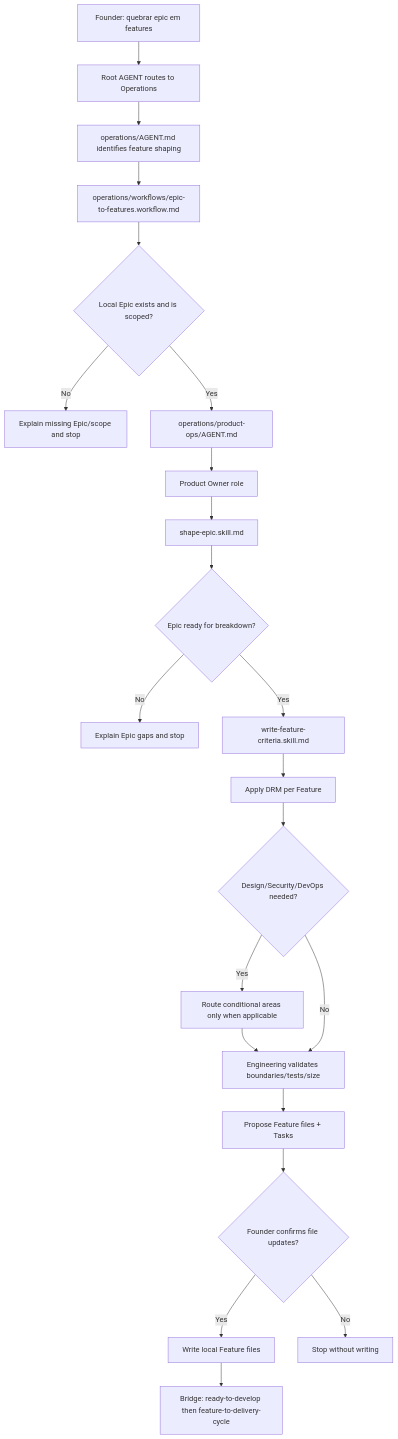
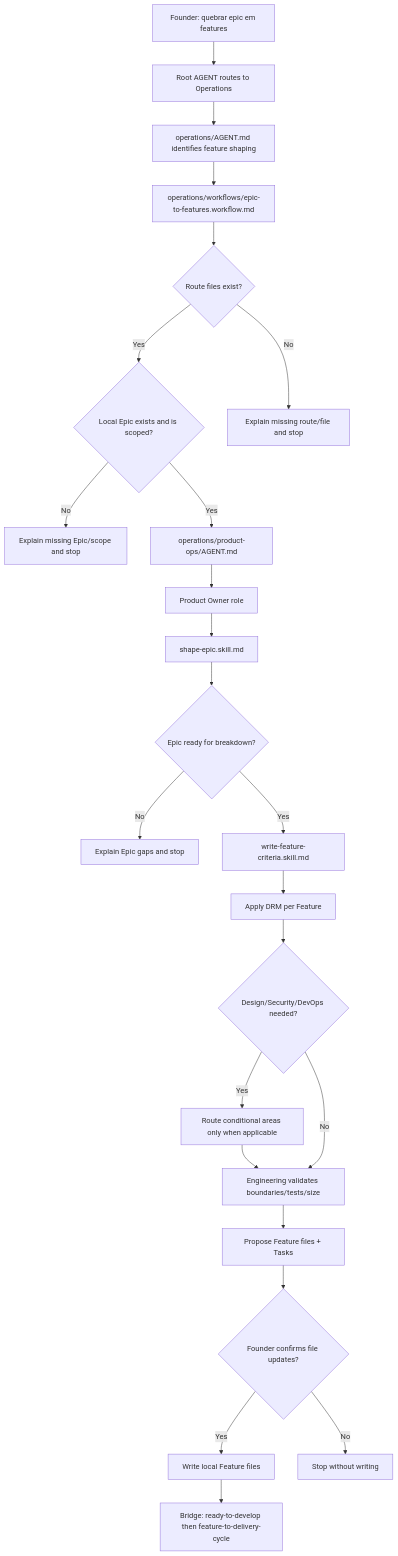
One commit to desousajhonny/leanOS changed the diagram in docs/framework/founder-journeys/epic-to-features.md. Above: the diagram before and after it, drawn with Mermaid. The commit also changed 7 other files, not shown here.

Commit message:
Detail feature delivery workflow contract

````diff
--- a/docs/framework/founder-journeys/epic-to-features.md
+++ b/docs/framework/founder-journeys/epic-to-features.md
@@ -14,35 +14,39 @@
 ```mermaid
 flowchart TD
   A["Founder: quebrar epic em features"]
   B["Root AGENT routes to Operations"]
   C["operations/AGENT.md identifies feature shaping"]
   D["operations/workflows/epic-to-features.workflow.md"]
-  E{"Local Epic exists and is scoped?"}
+  E{"Route files exist?"}
   F["Explain missing Epic/scope and stop"]
-  G["operations/product-ops/AGENT.md"]
-  H["Product Owner role"]
-  I["shape-epic.skill.md"]
-  J{"Epic ready for breakdown?"}
-  K["Explain Epic gaps and stop"]
-  L["write-feature-criteria.skill.md"]
-  M["Apply DRM per Feature"]
-  N{"Design/Security/DevOps needed?"}
-  O["Route conditional areas only when applicable"]
-  P["Engineering validates boundaries/tests/size"]
-  Q["Propose Feature files + Tasks"]
-  R{"Founder confirms file updates?"}
-  S["Write local Feature files"]
-  T["Stop without writing"]
-  U["Bridge: ready-to-develop then feature-to-delivery-cycle"]
+  G{"Local Epic exists and is scoped?"}
+  H["Explain missing route/file and stop"]
+  I["operations/product-ops/AGENT.md"]
+  J["Product Owner role"]
+  K["shape-epic.skill.md"]
+  L{"Epic ready for breakdown?"}
+  M["Explain Epic gaps and stop"]
+  N["write-feature-criteria.skill.md"]
+  O["Apply DRM per Feature"]
+  P{"Design/Security/DevOps needed?"}
+  Q["Route conditional areas only when applicable"]
+  R["Engineering validates boundaries/tests/size"]
+  S["Propose Feature files + Tasks"]
+  T{"Founder confirms file updates?"}
+  U["Write local Feature files"]
+  V["Stop without writing"]
+  W["Bridge: ready-to-develop then feature-to-delivery-cycle"]
 
   A --> B --> C --> D --> E
-  E -->|No| F
-  E -->|Yes| G --> H --> I --> J
-  J -->|No| K
-  J -->|Yes| L --> M --> N
-  N -->|Yes| O --> P
-  N -->|No| P
-  P --> Q --> R
-  R -->|Yes| S --> U
-  R -->|No| T
+  E -->|No| H
+  E -->|Yes| G
+  G -->|No| F
+  G -->|Yes| I --> J --> K --> L
+  L -->|No| M
+  L -->|Yes| N --> O --> P
+  P -->|Yes| Q --> R
+  P -->|No| R
+  R --> S --> T
+  T -->|Yes| U --> W
+  T -->|No| V
 ```
````
